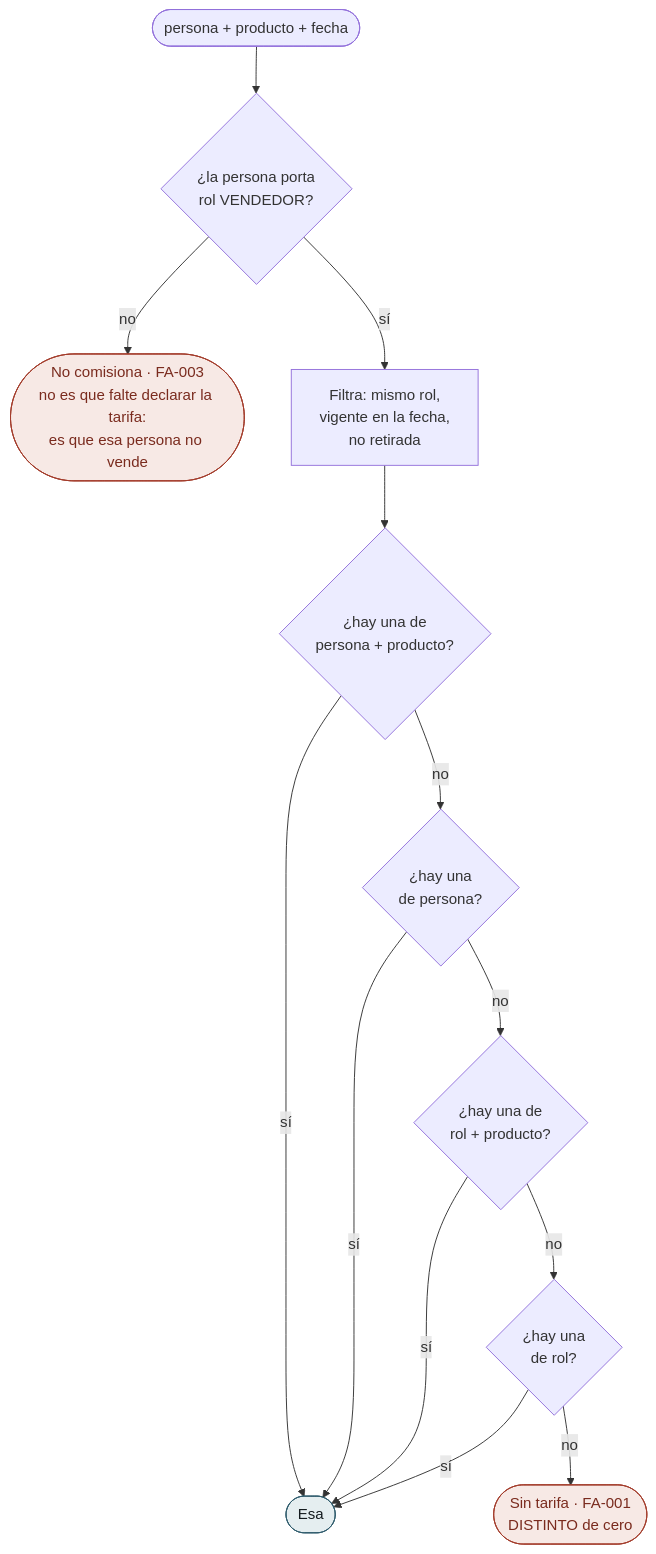
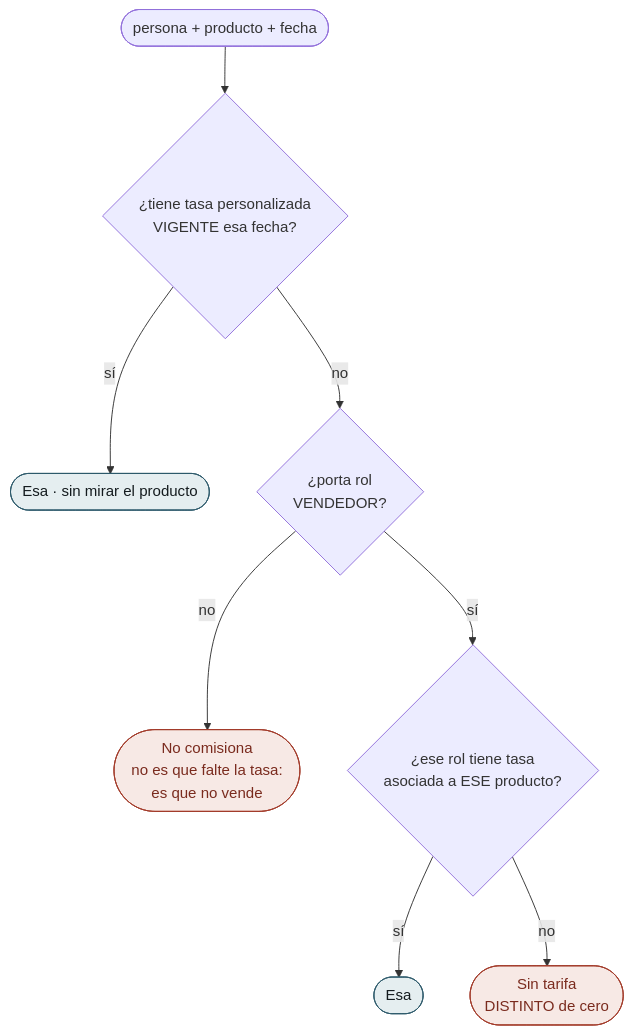
One commit to NexusPro-Dev/backend changed the second of 3 diagrams in docs/flujos/cm/flujos-del-modulo.md. Above: the diagram before and after it, drawn with Mermaid. The commit also changed other lines of this file and 5 other files, not shown here.

First line of the commit message:
docs(cm): las comisiones se rehacen — catalogo por rol, excepcion por persona y asociacion

````diff
--- a/docs/flujos/cm/flujos-del-modulo.md
+++ b/docs/flujos/cm/flujos-del-modulo.md
@@ -54,21 +57,15 @@
 ```mermaid
 flowchart TD
-    A(["persona + producto + fecha"]) --> R{"¿la persona porta<br/>rol VENDEDOR?"}
-    R -->|no| N1(["No comisiona · FA-003<br/>no es que falte declarar la tarifa:<br/>es que esa persona no vende"])
-    R -->|sí| F["Filtra: mismo rol,<br/>vigente en la fecha,<br/>no retirada"]
-
-    F --> P1{"¿hay una de<br/>persona + producto?"}
-    P1 -->|sí| W(["Esa"])
-    P1 -->|no| P2{"¿hay una<br/>de persona?"}
-    P2 -->|sí| W
-    P2 -->|no| P3{"¿hay una de<br/>rol + producto?"}
-    P3 -->|sí| W
-    P3 -->|no| P4{"¿hay una<br/>de rol?"}
-    P4 -->|sí| W
-    P4 -->|no| N2(["Sin tarifa · FA-001<br/>DISTINTO de cero"])
+    A(["persona + producto + fecha"]) --> P{"¿tiene tasa personalizada<br/>VIGENTE esa fecha?"}
+    P -->|sí| W1(["Esa · sin mirar el producto"])
+    P -->|no| R{"¿porta rol<br/>VENDEDOR?"}
+    R -->|no| N1(["No comisiona<br/>no es que falte la tasa:<br/>es que no vende"])
+    R -->|sí| Q{"¿ese rol tiene tasa<br/>asociada a ESE producto?"}
+    Q -->|sí| W2(["Esa"])
+    Q -->|no| N2(["Sin tarifa<br/>DISTINTO de cero"])
 
     classDef ok fill:#E5EEF0,stroke:#2D5A6B,color:#141B1E
     classDef nada fill:#F7E9E5,stroke:#A33B2A,color:#7A2B1E
-    class W ok
+    class W1,W2 ok
     class N1,N2 nada
 ```
````
